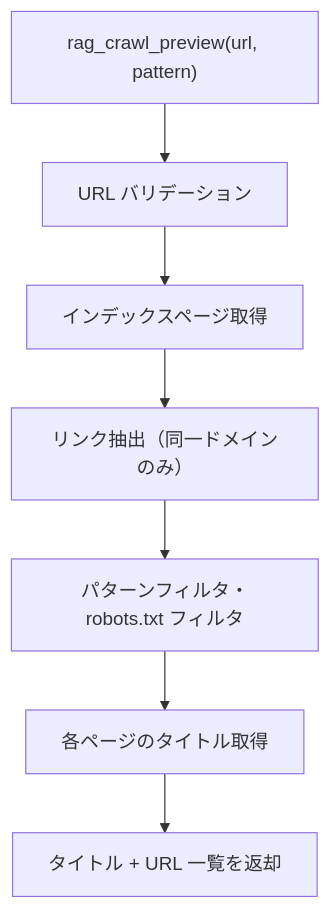
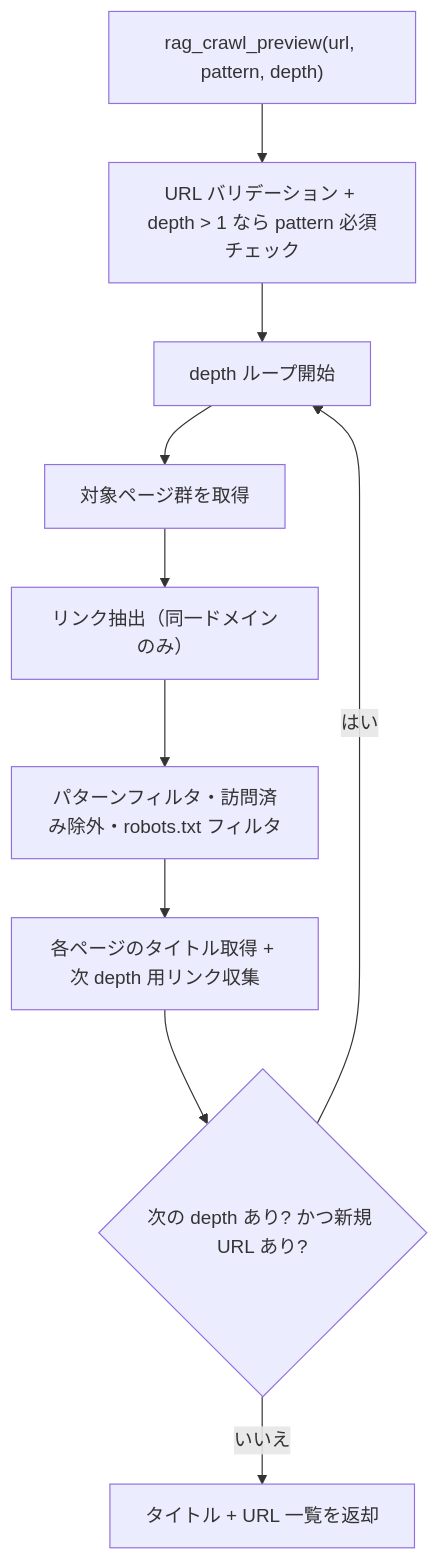
One commit to becky3/rag-knowledge changed the fourth of 5 diagrams in docs/specs/ingesters/web.md. Above: the diagram before and after it, drawn with Mermaid. The commit also changed other lines of this file and 8 other files, not shown here.

Commit message:
feat(web): rag_crawl に再帰クロール（depth 設定）とエラー停止閾値を追加 (#297)

````diff
--- a/docs/specs/ingesters/web.md
+++ b/docs/specs/ingesters/web.md
@@ -348,17 +381,22 @@
 ```mermaid
 flowchart TD
-    START["rag_crawl_preview(url, pattern)"]
-    VALIDATE["URL バリデーション"]
-    FETCH_INDEX["インデックスページ取得"]
+    START["rag_crawl_preview(url, pattern, depth)"]
+    VALIDATE["URL バリデーション + depth > 1 なら pattern 必須チェック"]
+    DEPTH_LOOP["depth ループ開始"]
+    FETCH_INDEX["対象ページ群を取得"]
     EXTRACT["リンク抽出（同一ドメインのみ）"]
-    FILTER["パターンフィルタ・robots.txt フィルタ"]
-    TITLE["各ページのタイトル取得"]
+    FILTER["パターンフィルタ・訪問済み除外・robots.txt フィルタ"]
+    TITLE["各ページのタイトル取得 + 次 depth 用リンク収集"]
+    NEXT_DEPTH{"次の depth あり? かつ新規 URL あり?"}
     LIST["タイトル + URL 一覧を返却"]
 
     START --> VALIDATE
-    VALIDATE --> FETCH_INDEX
+    VALIDATE --> DEPTH_LOOP
+    DEPTH_LOOP --> FETCH_INDEX
     FETCH_INDEX --> EXTRACT
     EXTRACT --> FILTER
     FILTER --> TITLE
-    TITLE --> LIST
+    TITLE --> NEXT_DEPTH
+    NEXT_DEPTH -->|"はい"| DEPTH_LOOP
+    NEXT_DEPTH -->|"いいえ"| LIST
 ```
````
